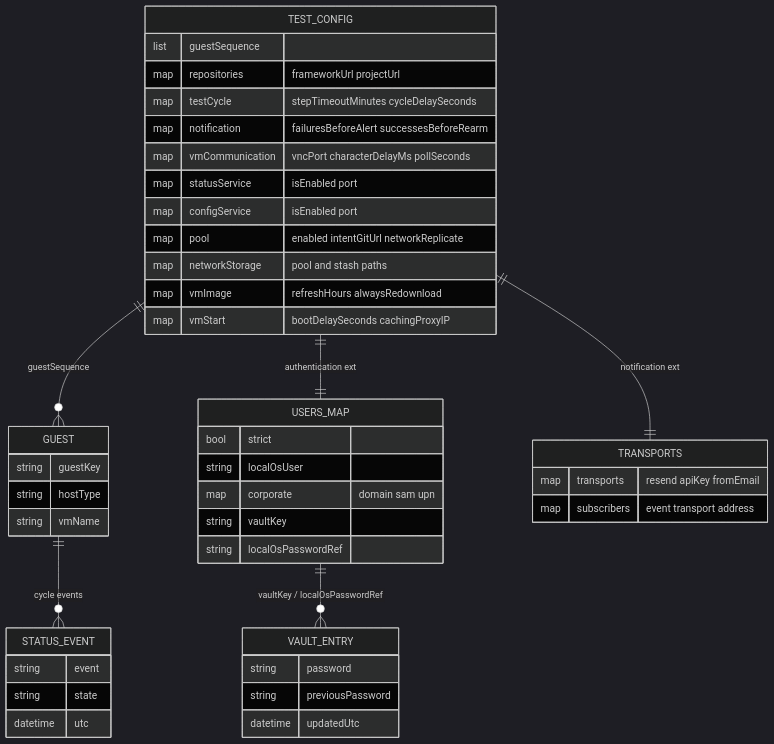
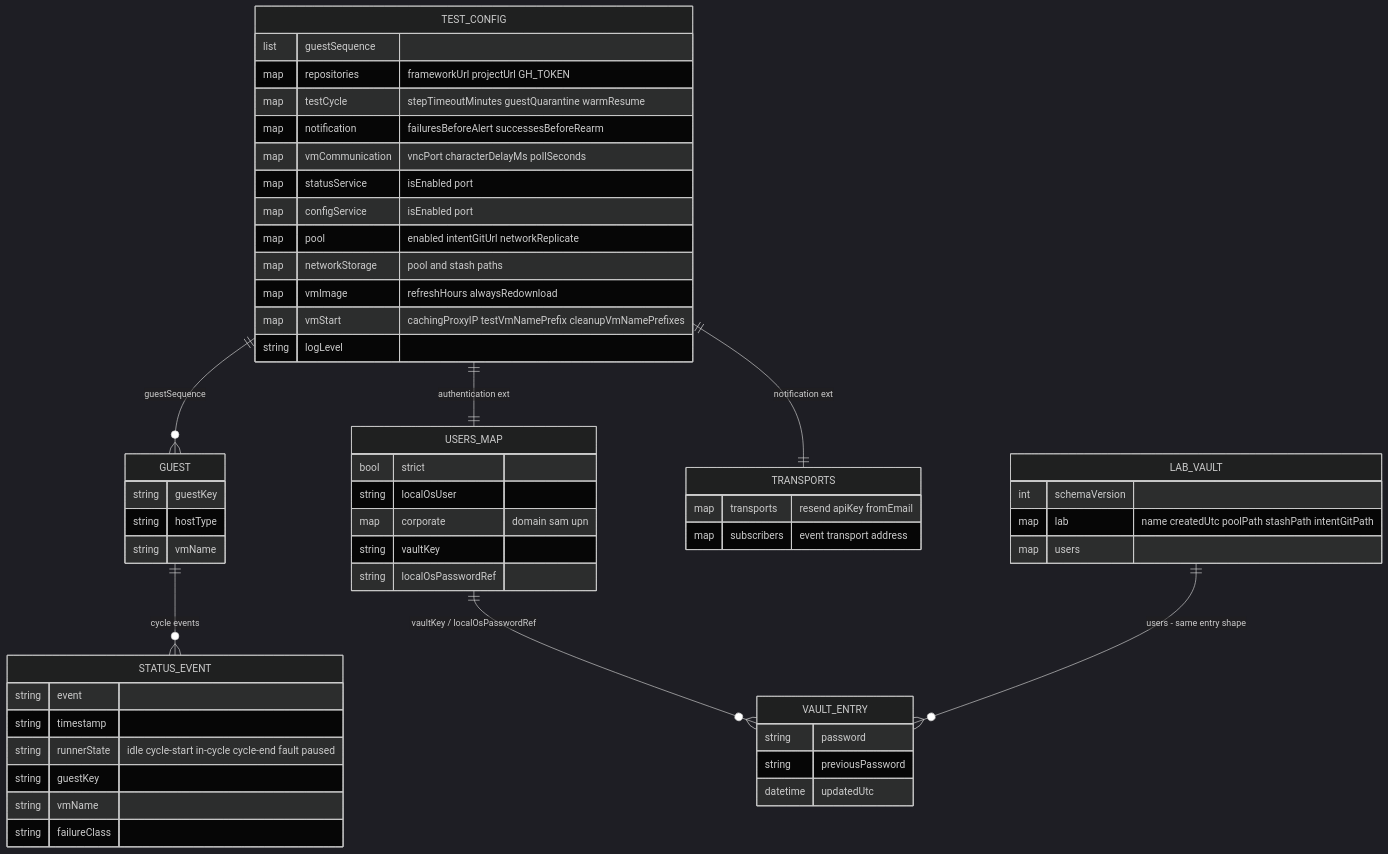
The second of 2 diagrams in docs/design/05-data-model.md (alissonsol/yuruna), drawn with Mermaid (dark theme) before and after one commit. The commit also changed other lines of this file and 536 other files, not shown here.

````diff
--- a/docs/design/05-data-model.md
+++ b/docs/design/05-data-model.md
@@ -74,48 +121,58 @@
 ```mermaid
 erDiagram
     TEST_CONFIG ||--o{ GUEST : guestSequence
     TEST_CONFIG ||--|| USERS_MAP : "authentication ext"
     TEST_CONFIG ||--|| TRANSPORTS : "notification ext"
     USERS_MAP ||--o{ VAULT_ENTRY : "vaultKey / localOsPasswordRef"
+    LAB_VAULT ||--o{ VAULT_ENTRY : "users - same entry shape"
     GUEST ||--o{ STATUS_EVENT : "cycle events"
 
     TEST_CONFIG {
         list guestSequence
-        map repositories "frameworkUrl projectUrl"
-        map testCycle "stepTimeoutMinutes cycleDelaySeconds"
+        map repositories "frameworkUrl projectUrl GH_TOKEN"
+        map testCycle "stepTimeoutMinutes guestQuarantine warmResume"
         map notification "failuresBeforeAlert successesBeforeRearm"
         map vmCommunication "vncPort characterDelayMs pollSeconds"
         map statusService "isEnabled port"
         map configService "isEnabled port"
         map pool "enabled intentGitUrl networkReplicate"
         map networkStorage "pool and stash paths"
         map vmImage "refreshHours alwaysRedownload"
-        map vmStart "bootDelaySeconds cachingProxyIP"
+        map vmStart "cachingProxyIP testVmNamePrefix cleanupVmNamePrefixes"
+        string logLevel
     }
     GUEST {
         string guestKey
         string hostType
         string vmName
     }
     USERS_MAP {
         bool strict
         string localOsUser
         map corporate "domain sam upn"
         string vaultKey
         string localOsPasswordRef
     }
     VAULT_ENTRY {
         string password
         string previousPassword
         datetime updatedUtc
     }
+    LAB_VAULT {
+        int schemaVersion
+        map lab "name createdUtc poolPath stashPath intentGitPath"
+        map users
+    }
     TRANSPORTS {
         map transports "resend apiKey fromEmail"
         map subscribers "event transport address"
     }
     STATUS_EVENT {
         string event
-        string state
-        datetime utc
+        string timestamp
+        string runnerState "idle cycle-start in-cycle cycle-end fault paused"
+        string guestKey
+        string vmName
+        string failureClass
     }
 ```
````
